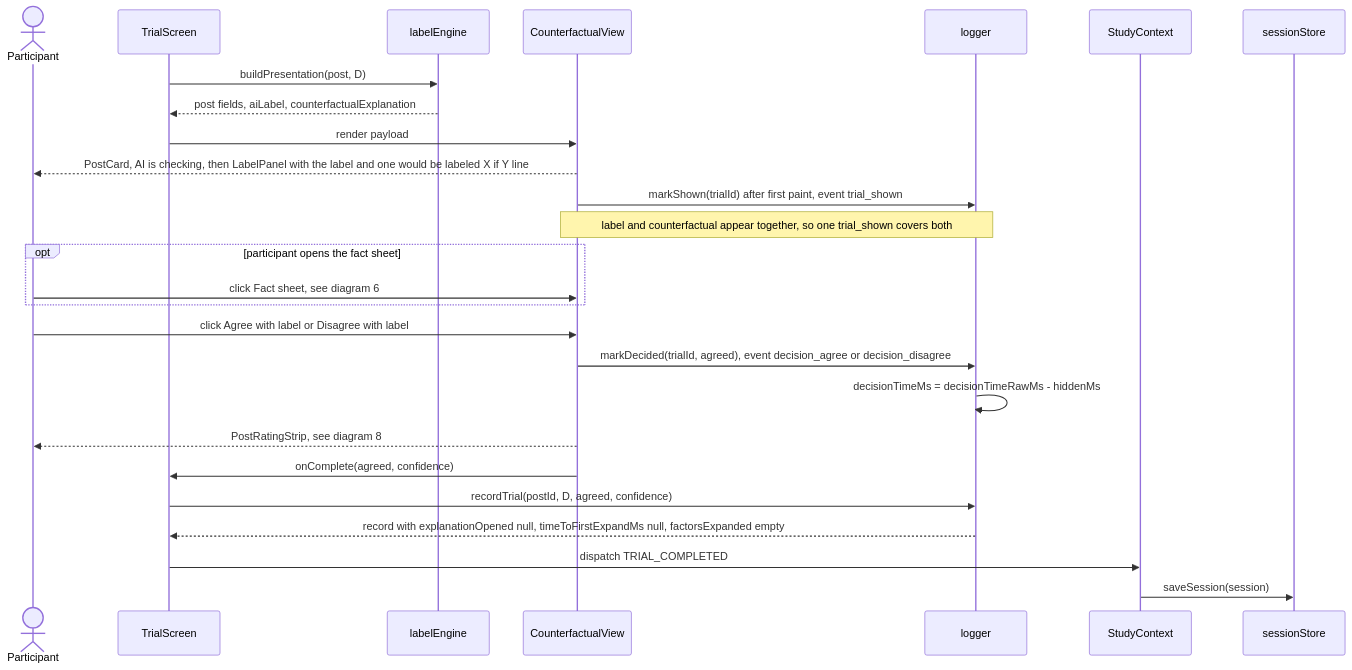
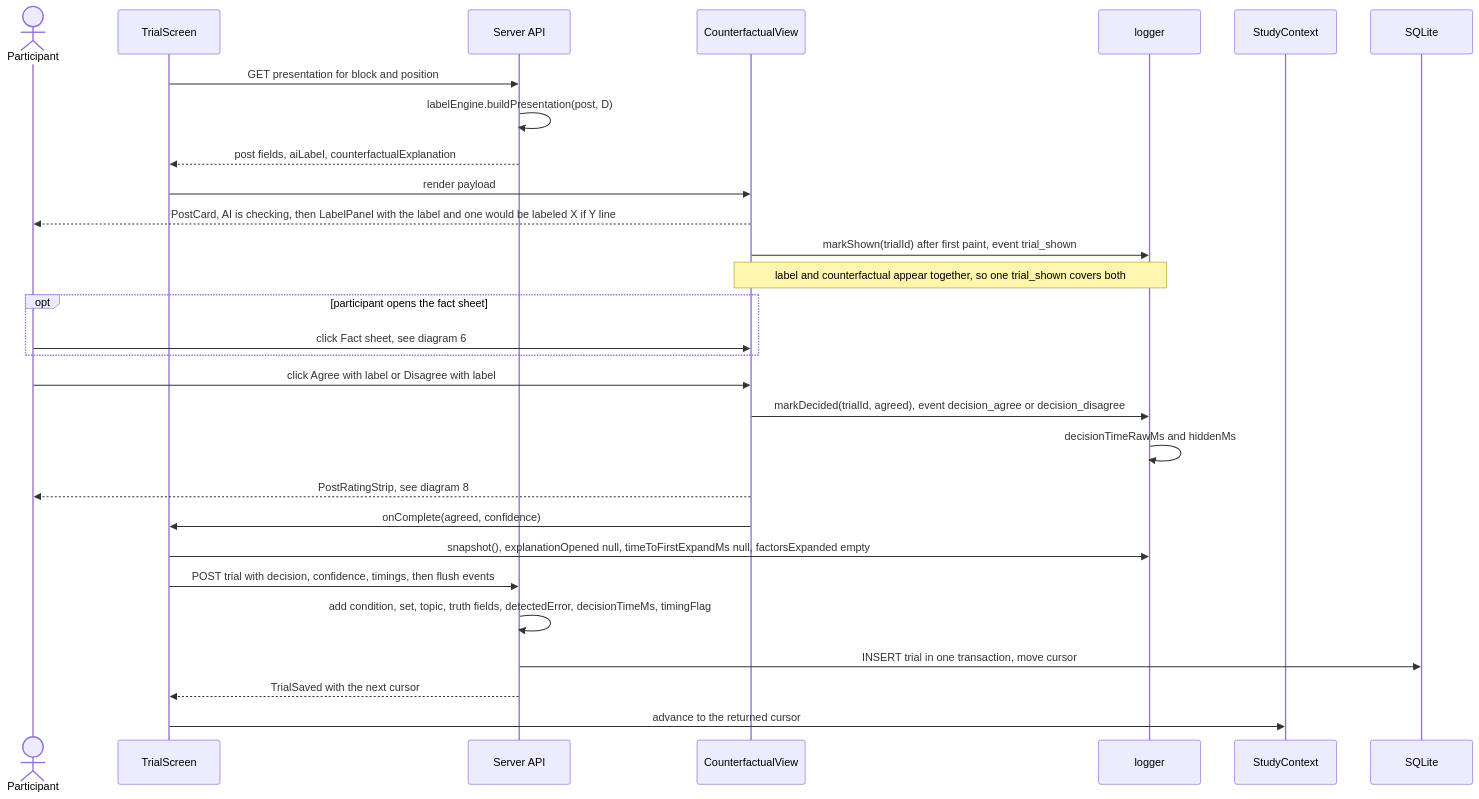
The fifth of 12 diagrams in docs/sequence-diagrams.md (bibekgupta3333/HCI), drawn with Mermaid before and after one commit. The commit also changed other lines of this file and 87 other files, not shown here.

````diff
--- a/docs/sequence-diagrams.md
+++ b/docs/sequence-diagrams.md
@@ -246,29 +270,32 @@
 ```mermaid
 sequenceDiagram
     actor P as Participant
     participant Trial as TrialScreen
-    participant LE as labelEngine
+    participant API as Server API
     participant View as CounterfactualView
     participant Log as logger
     participant SC as StudyContext
-    participant SS as sessionStore
+    participant DB as SQLite
 
-    Trial->>LE: buildPresentation(post, D)
-    LE-->>Trial: post fields, aiLabel, counterfactualExplanation
+    Trial->>API: GET presentation for block and position
+    API->>API: labelEngine.buildPresentation(post, D)
+    API-->>Trial: post fields, aiLabel, counterfactualExplanation
     Trial->>View: render payload
     View-->>P: PostCard, AI is checking, then LabelPanel with the label and one would be labeled X if Y line
     View->>Log: markShown(trialId) after first paint, event trial_shown
     Note over View,Log: label and counterfactual appear together, so one trial_shown covers both
     opt participant opens the fact sheet
         P->>View: click Fact sheet, see diagram 6
     end
     P->>View: click Agree with label or Disagree with label
     View->>Log: markDecided(trialId, agreed), event decision_agree or decision_disagree
-    Log->>Log: decisionTimeMs = decisionTimeRawMs - hiddenMs
+    Log->>Log: decisionTimeRawMs and hiddenMs
     View-->>P: PostRatingStrip, see diagram 8
     View->>Trial: onComplete(agreed, confidence)
-    Trial->>Log: recordTrial(postId, D, agreed, confidence)
-    Log-->>Trial: record with explanationOpened null, timeToFirstExpandMs null, factorsExpanded empty
-    Trial->>SC: dispatch TRIAL_COMPLETED
-    SC->>SS: saveSession(session)
+    Trial->>Log: snapshot(), explanationOpened null, timeToFirstExpandMs null, factorsExpanded empty
+    Trial->>API: POST trial with decision, confidence, timings, then flush events
+    API->>API: add condition, set, topic, truth fields, detectedError, decisionTimeMs, timingFlag
+    API->>DB: INSERT trial in one transaction, move cursor
+    API-->>Trial: TrialSaved with the next cursor
+    Trial->>SC: advance to the returned cursor
 ```
````
